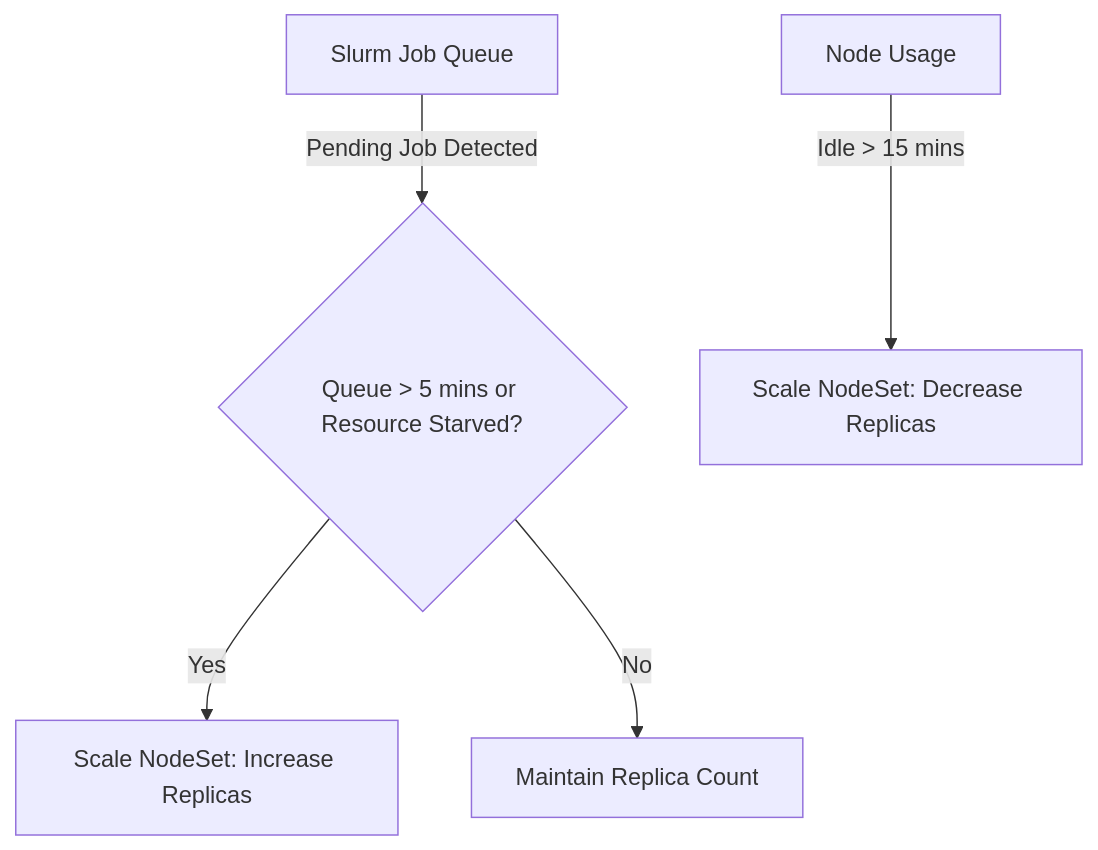
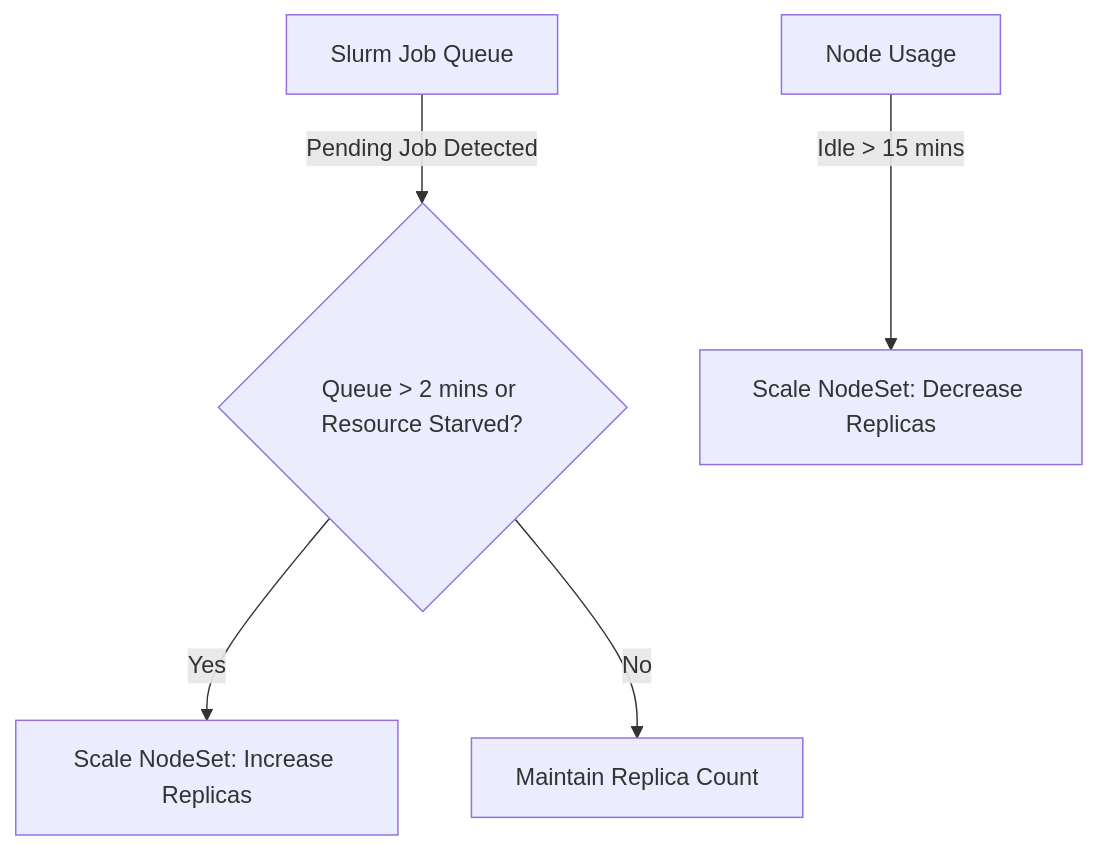
The second of 2 diagrams in docs/CAPACITY_PLANNING.md (khemingkapat/ai_sandbox), drawn with Mermaid before and after one commit. The commit also changed other lines of this file, not shown here.

First line of the commit message:
docs: refine and validate capacity planning resource numbers

````diff
--- a/docs/CAPACITY_PLANNING.md
+++ b/docs/CAPACITY_PLANNING.md
@@ -297,8 +395,8 @@
 ```mermaid
 graph TD
-    Queue[Slurm Job Queue] -->|Pending Job Detected| Decider{Queue > 5 mins or Resource Starved?}
+    Queue[Slurm Job Queue] -->|Pending Job Detected| Decider{Queue > 2 mins or Resource Starved?}
     Decider -->|Yes| ScaleOut[Scale NodeSet: Increase Replicas]
     Decider -->|No| Keep[Maintain Replica Count]
     
     NodeUsage[Node Usage] -->|Idle > 15 mins| ScaleIn[Scale NodeSet: Decrease Replicas]
 ```
````
